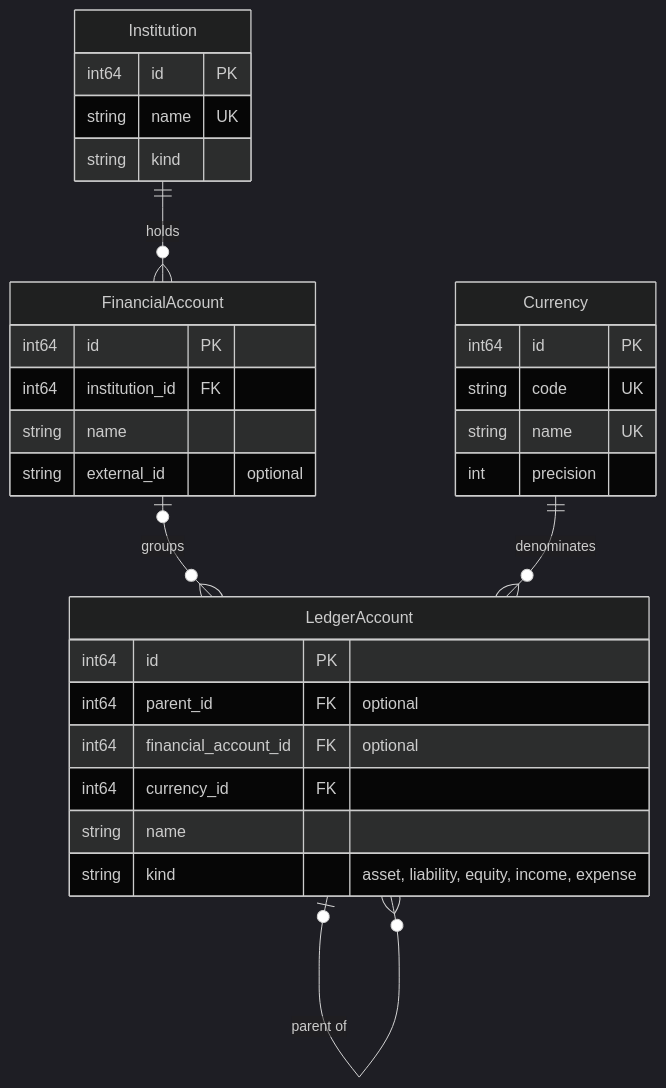
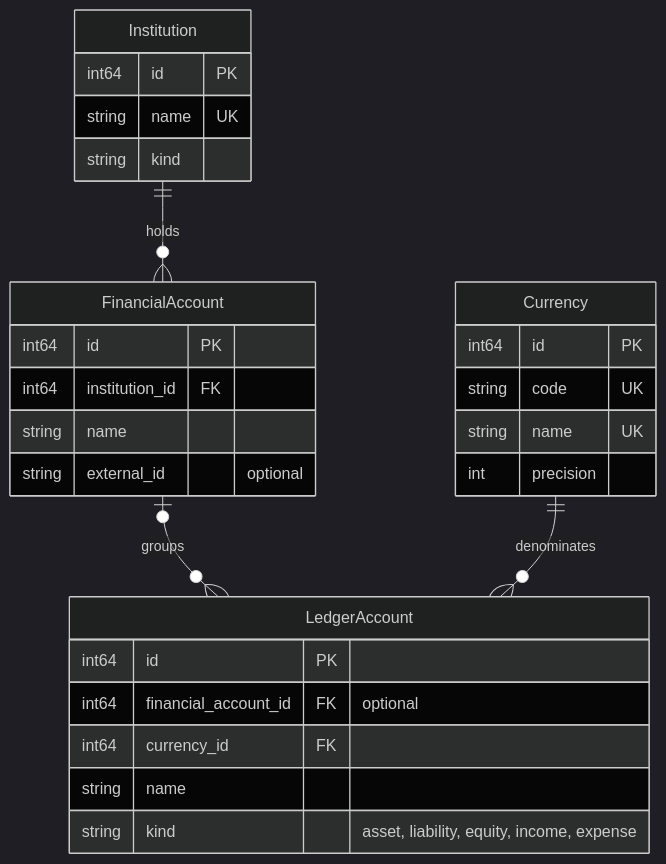
The first of 4 diagrams in docs/onboarding/entity_relationships.md (logicorg/ivfs), drawn with Mermaid (dark theme) before and after one commit. The commit also changed other lines of this file and 11 other files, not shown here.

````diff
--- a/docs/onboarding/entity_relationships.md
+++ b/docs/onboarding/entity_relationships.md
@@ -81,33 +85,31 @@
 ```mermaid
 erDiagram
     Institution ||--o{ FinancialAccount : "holds"
     FinancialAccount |o--o{ LedgerAccount : "groups"
-    LedgerAccount |o--o{ LedgerAccount : "parent of"
     Currency ||--o{ LedgerAccount : "denominates"
 
     Institution {
         int64 id PK
         string name UK
         string kind
     }
     FinancialAccount {
         int64 id PK
         int64 institution_id FK
         string name
         string external_id "optional"
     }
     LedgerAccount {
         int64 id PK
-        int64 parent_id FK "optional"
         int64 financial_account_id FK "optional"
         int64 currency_id FK
         string name
         string kind "asset, liability, equity, income, expense"
     }
     Currency {
         int64 id PK
         string code UK
         string name UK
         int precision
     }
 ```
````
